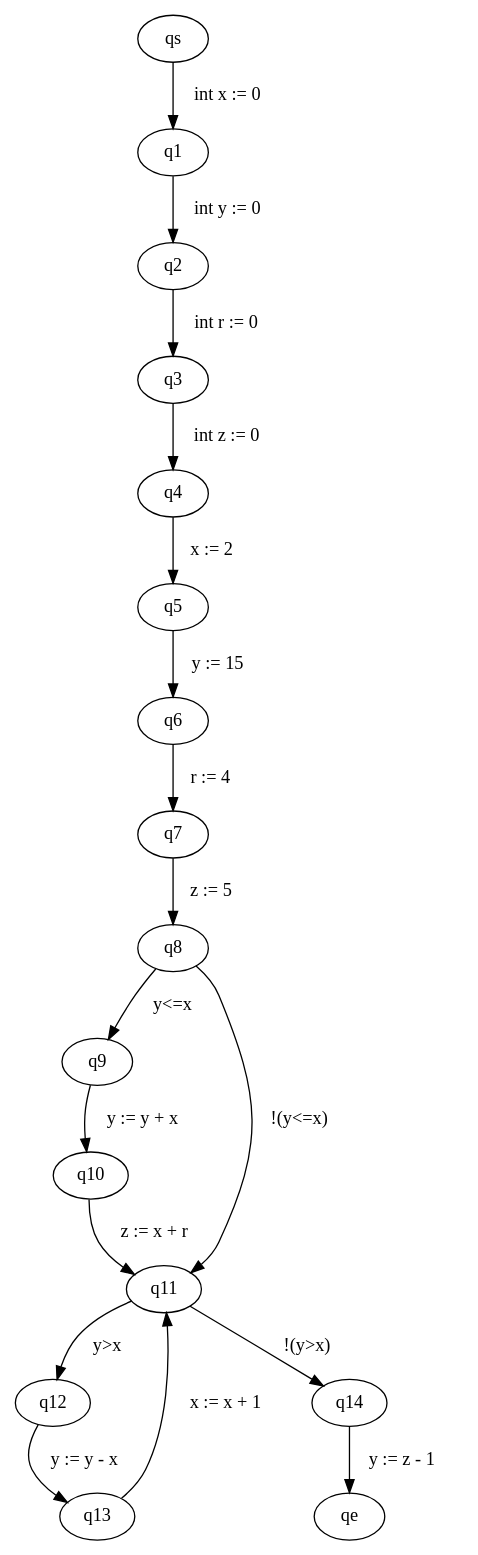
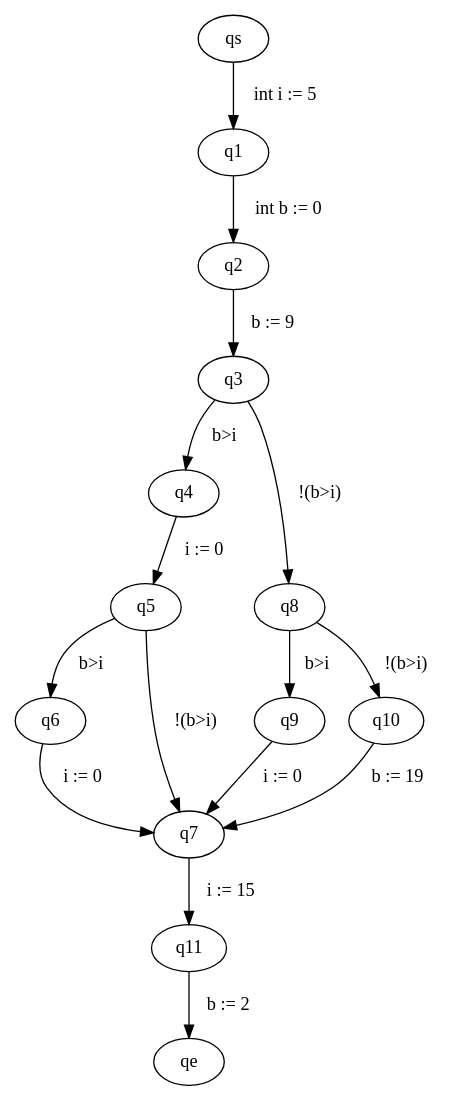
Before and after one commit to FloKes/ProgramAnalysis: the diagram in src/main/java/graphviz/input.dot, drawn with Graphviz. The commit also changed 3 other files, not shown here.

```diff
--- a/src/main/java/graphviz/input.dot
+++ b/src/main/java/graphviz/input.dot
@@ -1,19 +1,17 @@
 digraph ProgramGraph{
-"qs" -> "q1" [label="  int x := 0   "] 
-"q1" -> "q2" [label="  int y := 0   "] 
-"q2" -> "q3" [label="  int r := 0   "] 
-"q3" -> "q4" [label="  int z := 0   "] 
-"q4" -> "q5" [label="  x := 2   "] 
-"q5" -> "q6" [label="  y := 15   "] 
-"q6" -> "q7" [label="  r := 4   "] 
-"q7" -> "q8" [label="  z := 5   "] 
-"q8" -> "q9" [label="  y<=x   "] 
-"q8" -> "q11" [label="  !(y<=x)   "] 
-"q9" -> "q10" [label="  y := y + x   "] 
-"q10" -> "q11" [label="  z := x + r   "] 
-"q11" -> "q12" [label="  y>x   "] 
-"q11" -> "q14" [label="  !(y>x)   "] 
-"q12" -> "q13" [label="  y := y - x   "] 
-"q13" -> "q11" [label="  x := x + 1   "] 
-"q14" -> "qe" [label="  y := z - 1   "] 
+"qs" -> "q1" [label="  int i := 5   "] 
+"q1" -> "q2" [label="  int b := 0   "] 
+"q2" -> "q3" [label="  b := 9   "] 
+"q3" -> "q4" [label="  b>i   "] 
+"q3" -> "q8" [label="  !(b>i)   "] 
+"q4" -> "q5" [label="  i := 0   "] 
+"q5" -> "q6" [label="  b>i   "] 
+"q5" -> "q7" [label="  !(b>i)   "] 
+"q6" -> "q7" [label="  i := 0   "] 
+"q7" -> "q11" [label="  i := 15   "] 
+"q8" -> "q9" [label="  b>i   "] 
+"q8" -> "q10" [label="  !(b>i)   "] 
+"q9" -> "q7" [label="  i := 0   "] 
+"q10" -> "q7" [label="  b := 19   "] 
+"q11" -> "qe" [label="  b := 2   "] 
 }
```
